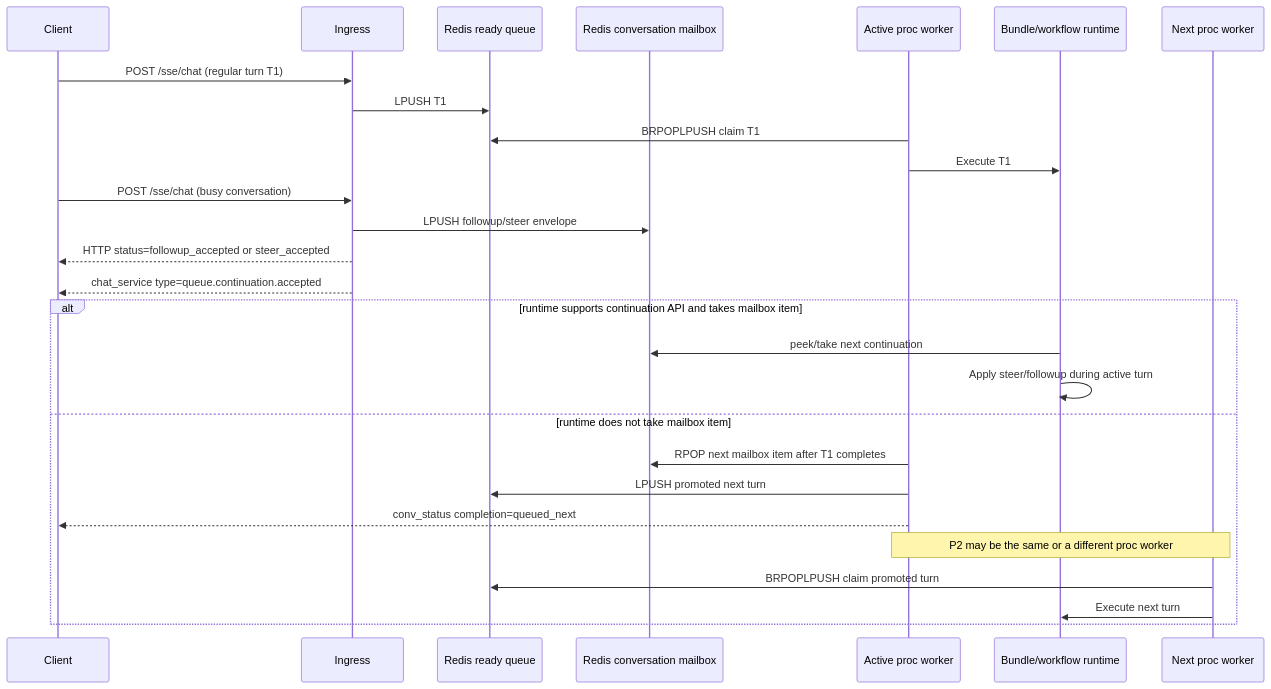
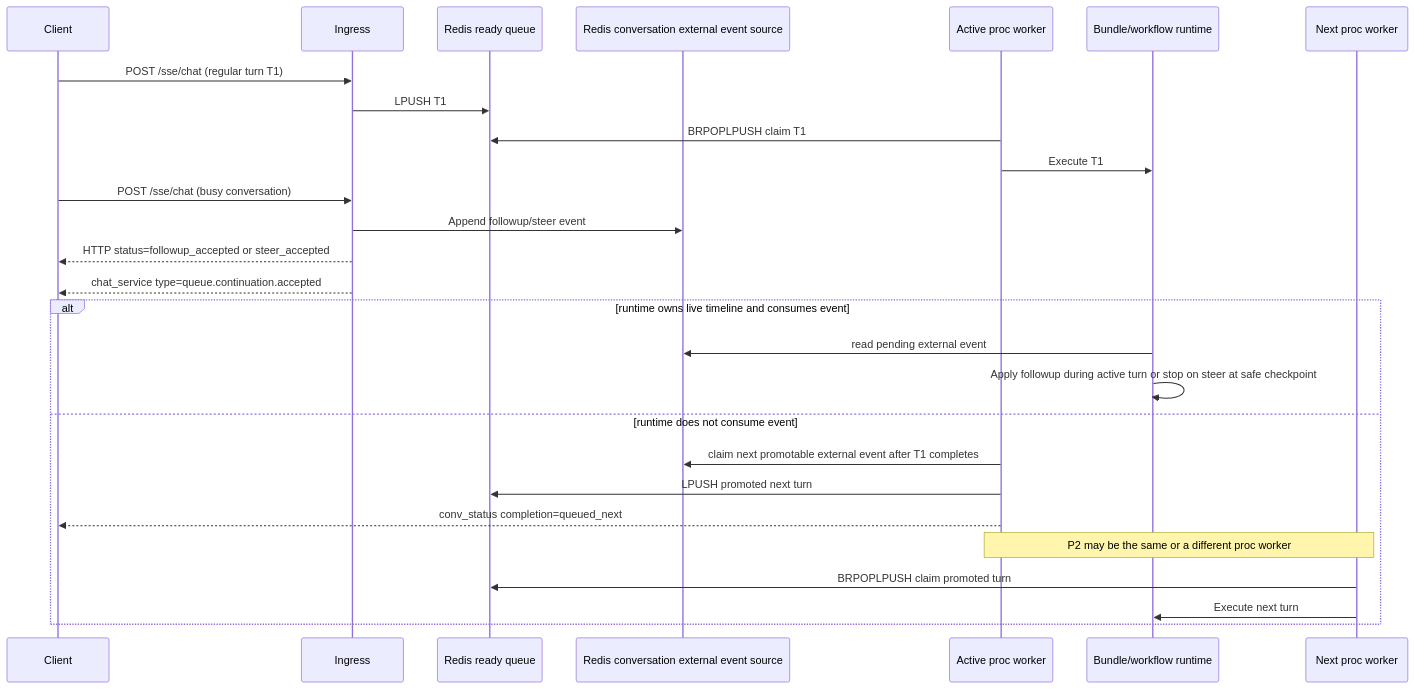
Before and after one commit to kdcube/kdcube-ai-app: the second of 3 diagrams in app/ai-app/docs/arch/proc/processor-arch-README.md, drawn with Mermaid. The commit also changed other lines of this file and 6 other files, not shown here.

Commit message:
Document live React followup and steer semantics

````diff
--- a/app/ai-app/docs/arch/proc/processor-arch-README.md
+++ b/app/ai-app/docs/arch/proc/processor-arch-README.md
@@ -286,32 +292,32 @@
 ```mermaid
 sequenceDiagram
     participant C as Client
     participant I as Ingress
     participant Q as Redis ready queue
-    participant M as Redis conversation mailbox
+    participant M as Redis conversation external event source
     participant P1 as Active proc worker
     participant R as Bundle/workflow runtime
     participant P2 as Next proc worker
 
     C->>I: POST /sse/chat (regular turn T1)
     I->>Q: LPUSH T1
     P1->>Q: BRPOPLPUSH claim T1
     P1->>R: Execute T1
 
     C->>I: POST /sse/chat (busy conversation)
-    I->>M: LPUSH followup/steer envelope
+    I->>M: Append followup/steer event
     I-->>C: HTTP status=followup_accepted or steer_accepted
     I-->>C: chat_service type=queue.continuation.accepted
 
-    alt runtime supports continuation API and takes mailbox item
-        R->>M: peek/take next continuation
-        R->>R: Apply steer/followup during active turn
-    else runtime does not take mailbox item
-        P1->>M: RPOP next mailbox item after T1 completes
+    alt runtime owns live timeline and consumes event
+        R->>M: read pending external event
+        R->>R: Apply followup during active turn or stop on steer at safe checkpoint
+    else runtime does not consume event
+        P1->>M: claim next promotable external event after T1 completes
         P1->>Q: LPUSH promoted next turn
         P1-->>C: conv_status completion=queued_next
         Note over P1,P2: P2 may be the same or a different proc worker
         P2->>Q: BRPOPLPUSH claim promoted turn
         P2->>R: Execute next turn
     end
 ```
````
